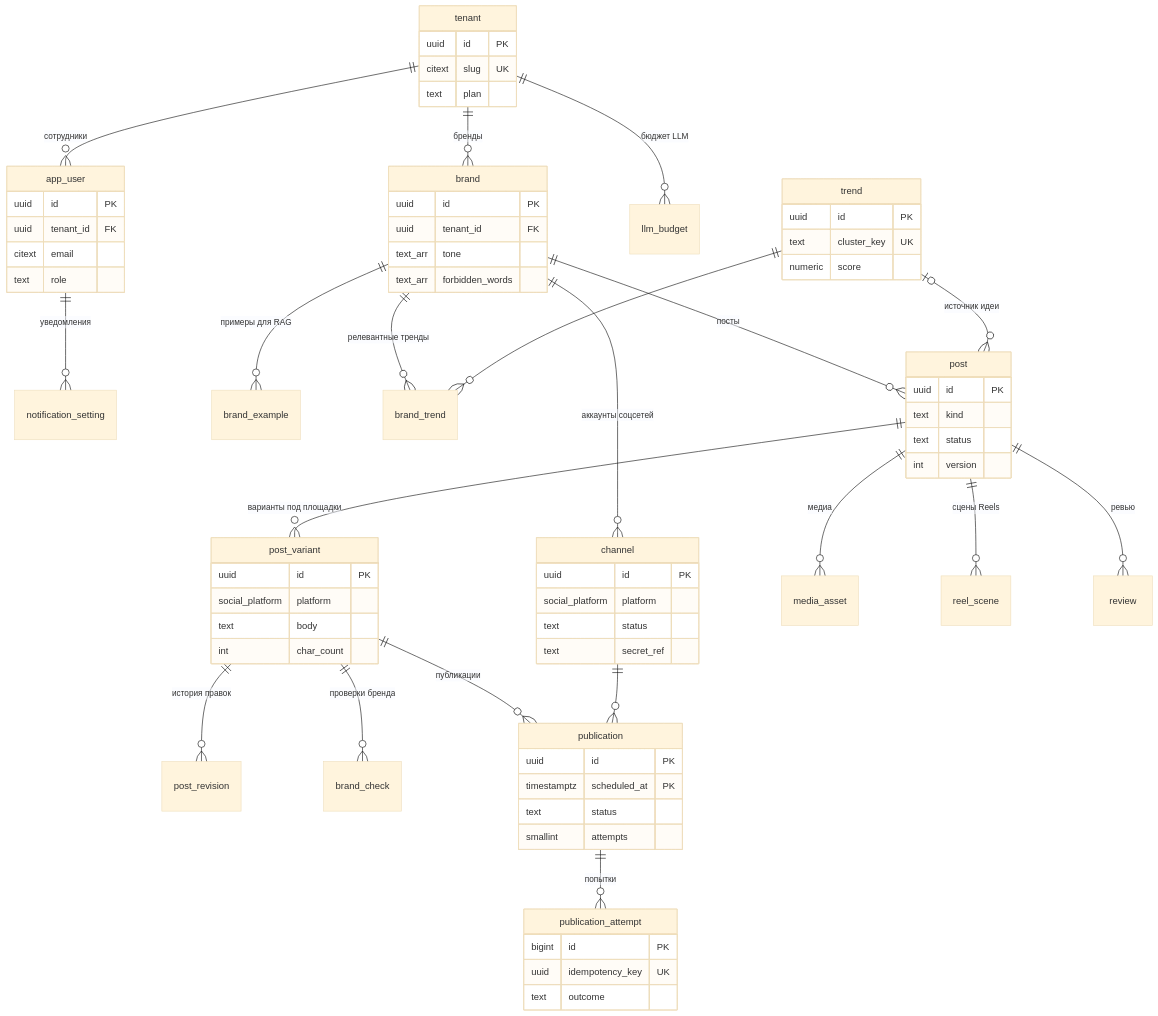
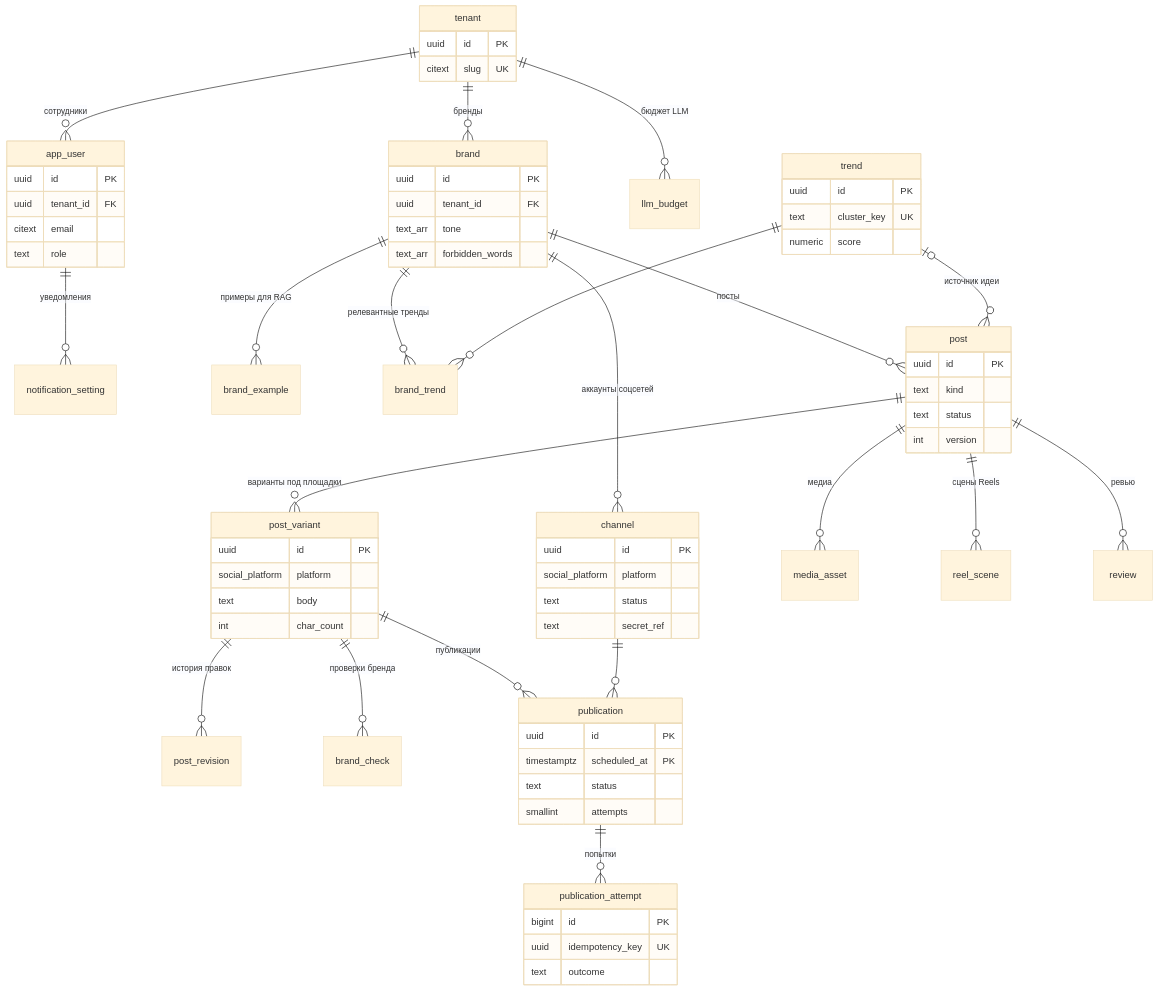
The diagram in docs/db/schema.md (VadimMor/Rabbot), drawn with Mermaid (base theme) before and after one commit. The commit also changed 2 other files, not shown here.

Commit message:
feat(db): remove subscription plans and update tenant status handling

````diff
--- a/docs/db/schema.md
+++ b/docs/db/schema.md
@@ -7,74 +7,73 @@
 ```mermaid
 erDiagram
     tenant ||--o{ app_user : "сотрудники"
     tenant ||--o{ brand : "бренды"
     tenant ||--o{ llm_budget : "бюджет LLM"
     app_user ||--o{ notification_setting : "уведомления"
     brand ||--o{ brand_example : "примеры для RAG"
     brand ||--o{ channel : "аккаунты соцсетей"
     brand ||--o{ brand_trend : "релевантные тренды"
     trend ||--o{ brand_trend : ""
     brand ||--o{ post : "посты"
     trend |o--o{ post : "источник идеи"
     post ||--o{ post_variant : "варианты под площадки"
     post ||--o{ media_asset : "медиа"
     post ||--o{ reel_scene : "сцены Reels"
     post ||--o{ review : "ревью"
     post_variant ||--o{ post_revision : "история правок"
     post_variant ||--o{ brand_check : "проверки бренда"
     post_variant ||--o{ publication : "публикации"
     channel ||--o{ publication : ""
     publication ||--o{ publication_attempt : "попытки"
 
     tenant {
         uuid id PK
         citext slug UK
-        text plan
     }
     app_user {
         uuid id PK
         uuid tenant_id FK
         citext email
         text role
     }
     brand {
         uuid id PK
         uuid tenant_id FK
         text_arr tone
         text_arr forbidden_words
     }
     channel {
         uuid id PK
         social_platform platform
         text status
         text secret_ref
     }
     trend {
         uuid id PK
         text cluster_key UK
         numeric score
     }
     post {
         uuid id PK
         text kind
         text status
         int version
     }
     post_variant {
         uuid id PK
         social_platform platform
         text body
         int char_count
     }
     publication {
         uuid id PK
         timestamptz scheduled_at PK
         text status
         smallint attempts
     }
     publication_attempt {
         bigint id PK
         uuid idempotency_key UK
         text outcome
     }
 ```
````
